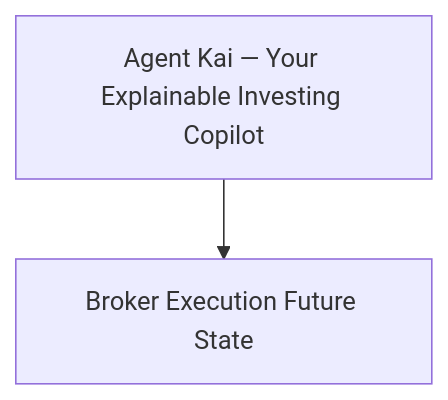
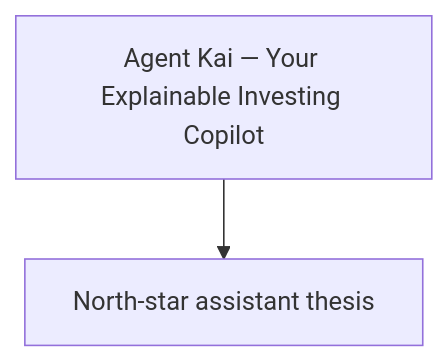
Before and after one commit to hushh-labs/hushh-research: the diagram in docs/vision/kai/README.md, drawn with Mermaid. The commit also changed other lines of this file and 43 other files, not shown here.

````diff
--- a/docs/vision/kai/README.md
+++ b/docs/vision/kai/README.md
@@ -8,6 +8,6 @@
 ```mermaid
 flowchart TD
   root["Agent Kai — Your Explainable Investing Copilot"]
-  n1["Broker Execution Future State"]
+  n1["North-star assistant thesis"]
   root --> n1
 ```
````
